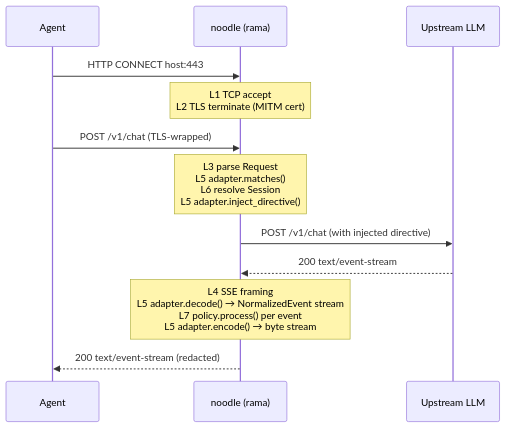
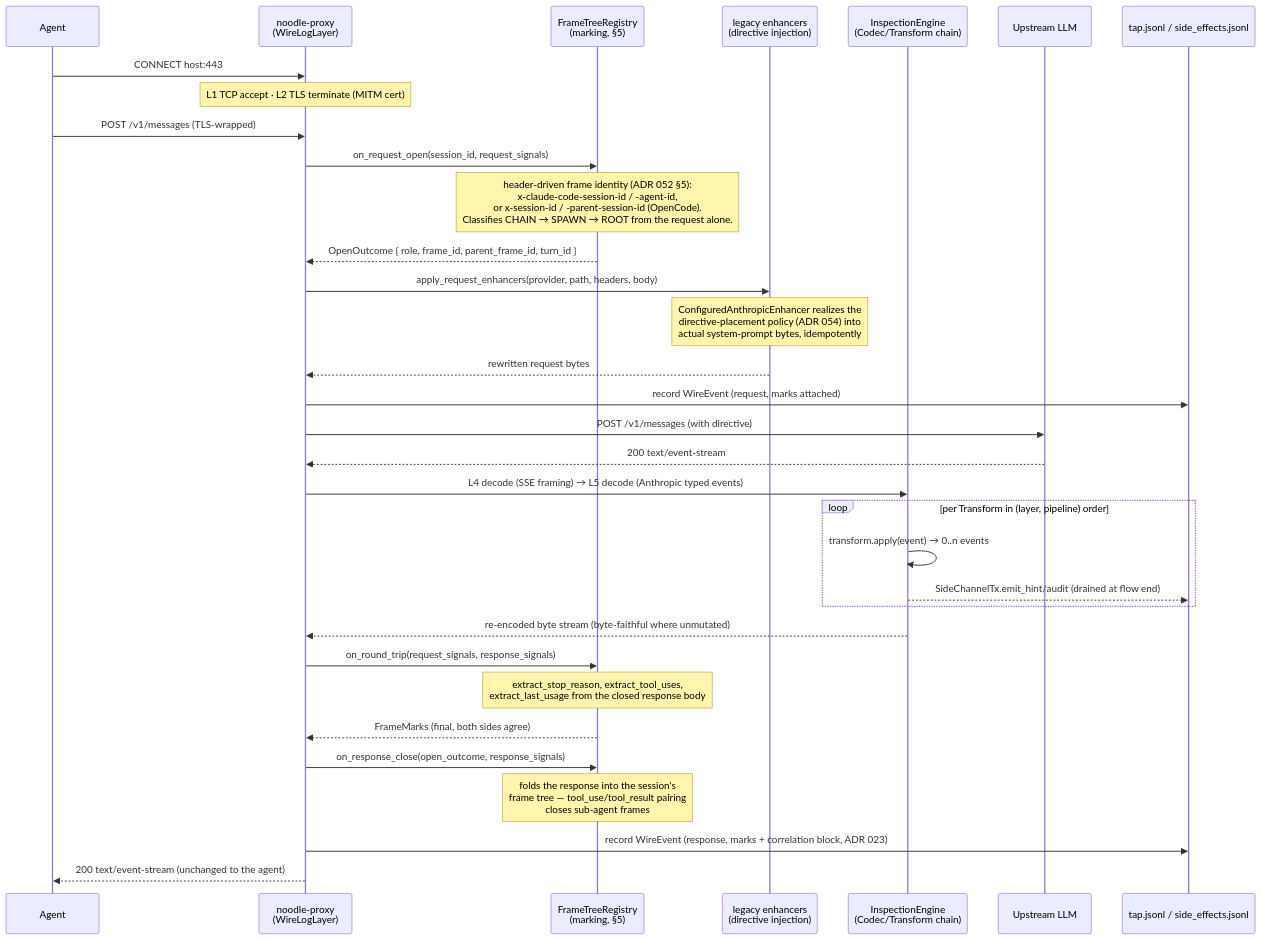
Before and after one commit to josephbarnett/noodle: the third of 6 diagrams in docs/architecture/architecture.md, drawn with Mermaid. The commit also changed other lines of this file and 7 other files, not shown here.

First line of the commit message:
docs: freshness pass on architecture/diagram docs — v1 fictions replaced with as-built (ADR 053) (#22)

````diff
--- a/docs/architecture/architecture.md
+++ b/docs/architecture/architecture.md
@@ -177,15 +175,42 @@
 ```mermaid
 sequenceDiagram
     participant Agent
-    participant Noodle as noodle (rama)
+    participant Proxy as noodle-proxy<br/>(WireLogLayer)
+    participant Mark as FrameTreeRegistry<br/>(marking, §5)
+    participant Enh as legacy enhancers<br/>(directive injection)
+    participant Eng as InspectionEngine<br/>(Codec/Transform chain)
     participant LLM as Upstream LLM
+    participant Tap as tap.jsonl / side_effects.jsonl
 
-    Agent->>Noodle: HTTP CONNECT host:443
-    Note over Noodle: L1 TCP accept<br/>L2 TLS terminate (MITM cert)
-    Agent->>Noodle: POST /v1/chat (TLS-wrapped)
-    Note over Noodle: L3 parse Request<br/>L5 adapter.matches()<br/>L6 resolve Session<br/>L5 adapter.inject_directive()
-    Noodle->>LLM: POST /v1/chat (with injected directive)
-    LLM-->>Noodle: 200 text/event-stream
-    Note over Noodle: L4 SSE framing<br/>L5 adapter.decode() → NormalizedEvent stream<br/>L7 policy.process() per event<br/>L5 adapter.encode() → byte stream
-    Noodle-->>Agent: 200 text/event-stream (redacted)
+    Agent->>Proxy: CONNECT host:443
+    Note over Proxy: L1 TCP accept · L2 TLS terminate (MITM cert)
+    Agent->>Proxy: POST /v1/messages (TLS-wrapped)
+
+    Proxy->>Mark: on_request_open(session_id, request_signals)
+    Note over Mark: header-driven frame identity (ADR 052 §5):<br/>x-claude-code-session-id / -agent-id,<br/>or x-session-id / -parent-session-id (OpenCode).<br/>Classifies CHAIN → SPAWN → ROOT from the request alone.
+    Mark-->>Proxy: OpenOutcome { role, frame_id, parent_frame_id, turn_id }
+
+    Proxy->>Enh: apply_request_enhancers(provider, path, headers, body)
+    Note over Enh: ConfiguredAnthropicEnhancer realizes the<br/>directive-placement policy (ADR 054) into<br/>actual system-prompt bytes, idempotently
+    Enh-->>Proxy: rewritten request bytes
+
+    Proxy->>Tap: record WireEvent (request, marks attached)
+    Proxy->>LLM: POST /v1/messages (with directive)
+    LLM-->>Proxy: 200 text/event-stream
+
+    Proxy->>Eng: L4 decode (SSE framing) → L5 decode (Anthropic typed events)
+    loop per Transform in (layer, pipeline) order
+        Eng->>Eng: transform.apply(event) → 0..n events
+        Eng-->>Tap: SideChannelTx.emit_hint/audit (drained at flow end)
+    end
+    Eng-->>Proxy: re-encoded byte stream (byte-faithful where unmutated)
+
+    Proxy->>Mark: on_round_trip(request_signals, response_signals)
+    Note over Mark: extract_stop_reason, extract_tool_uses,<br/>extract_last_usage from the closed response body
+    Mark-->>Proxy: FrameMarks (final, both sides agree)
+    Proxy->>Mark: on_response_close(open_outcome, response_signals)
+    Note over Mark: folds the response into the session's<br/>frame tree — tool_use/tool_result pairing<br/>closes sub-agent frames
+
+    Proxy->>Tap: record WireEvent (response, marks + correlation block, ADR 023)
+    Proxy-->>Agent: 200 text/event-stream (unchanged to the agent)
 ```
````
